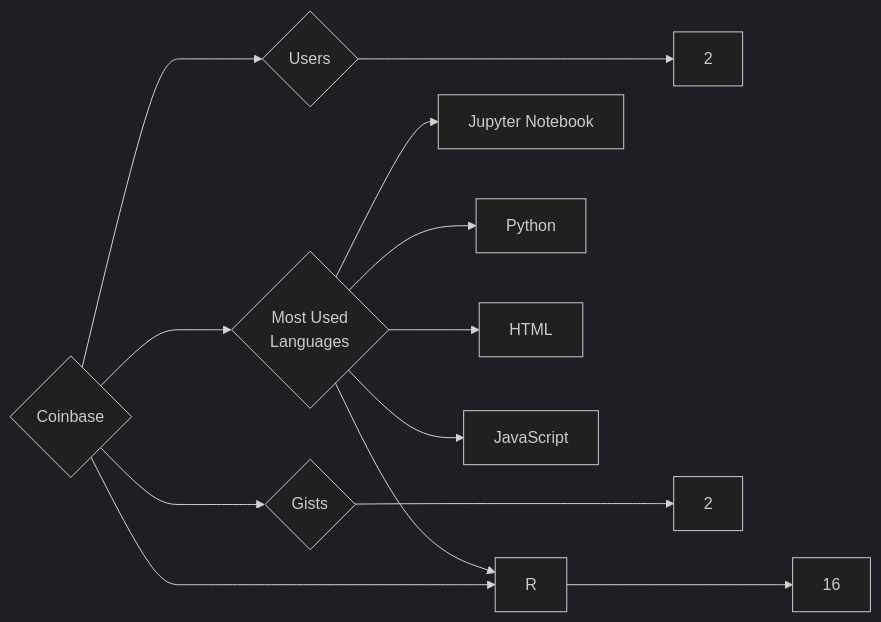
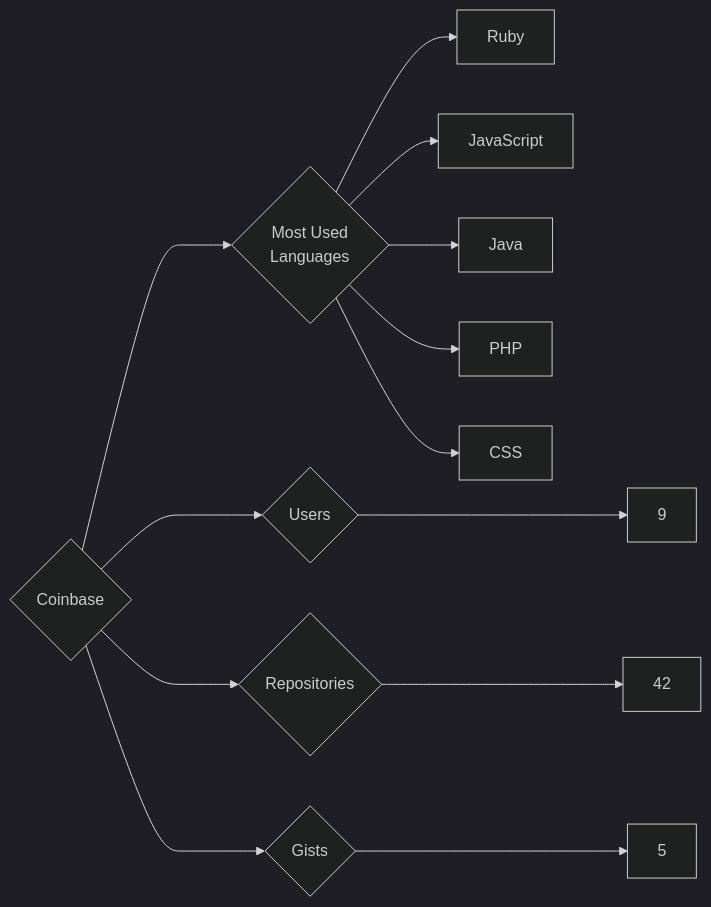
One commit to trickest/insiders changed the diagram in targets/Coinbase/README.md. Above: the diagram before and after it, drawn with Mermaid (dark theme). The commit also changed 1166 other files, not shown here.

````diff
--- a/targets/Coinbase/README.md
+++ b/targets/Coinbase/README.md
@@ -3,13 +3,13 @@
 ```mermaid
 graph LR
 COMPANY_NAME{Coinbase}
-COMPANY_NAME ---> U{Users} ---> UN[2]
-COMPANY_NAME ---> R{Repositories} ---> RN[16]
-COMPANY_NAME ---> G{Gists} ---> GN[2]
+COMPANY_NAME ---> U{Users} ---> UN[9]
+COMPANY_NAME ---> R{Repositories} ---> RN[42]
+COMPANY_NAME ---> G{Gists} ---> GN[5]
 COMPANY_NAME ---> ML{Most Used<br>Languages}
-ML --> Jupyter_Notebook[Jupyter Notebook]
-ML --> Python[Python]
-ML --> HTML[HTML]
-ML --> R[R]
+ML --> Ruby[Ruby]
 ML --> JavaScript[JavaScript]
+ML --> Java[Java]
+ML --> PHP[PHP]
+ML --> CSS[CSS]
 ```
````
